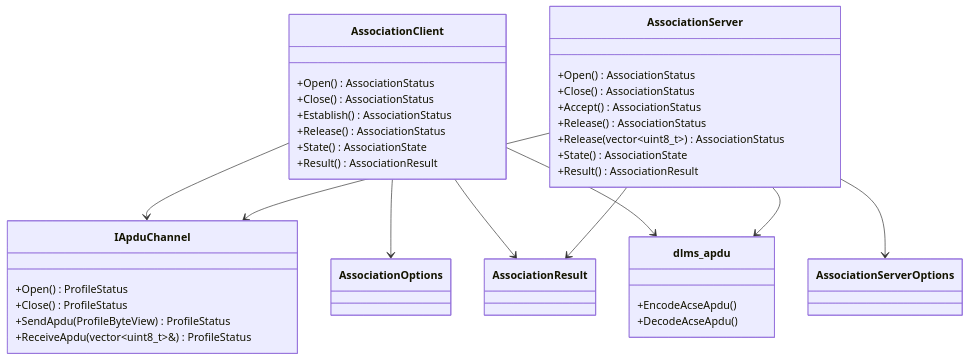
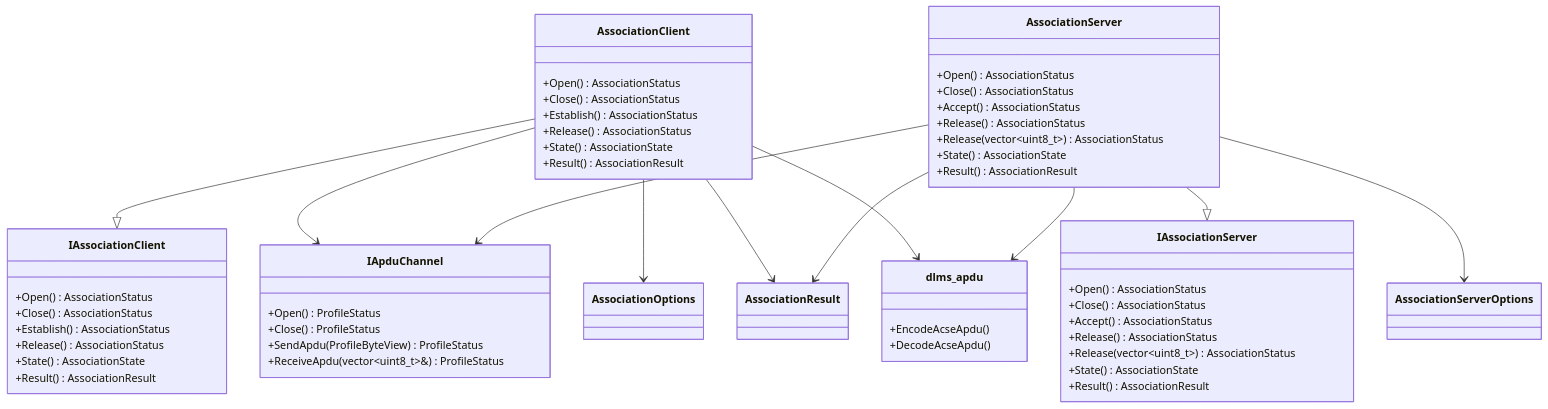
One commit to gvtret/dlms changed the sixth of 8 diagrams in lib/dlms-association/docs/02_association_architecture.md. Above: the diagram before and after it, drawn with Mermaid. The commit also changed 17 other files, not shown here.

````diff
--- a/lib/dlms-association/docs/02_association_architecture.md
+++ b/lib/dlms-association/docs/02_association_architecture.md
@@ -108,45 +108,66 @@
 ```mermaid
 classDiagram
   class AssociationClient {
     +Open() AssociationStatus
     +Close() AssociationStatus
     +Establish() AssociationStatus
     +Release() AssociationStatus
     +State() AssociationState
     +Result() AssociationResult
   }
 
+  class IAssociationClient {
+    +Open() AssociationStatus
+    +Close() AssociationStatus
+    +Establish() AssociationStatus
+    +Release() AssociationStatus
+    +State() AssociationState
+    +Result() AssociationResult
+  }
+
   class AssociationServer {
+    +Open() AssociationStatus
+    +Close() AssociationStatus
+    +Accept() AssociationStatus
+    +Release() AssociationStatus
+    +Release(vector~uint8_t~) AssociationStatus
+    +State() AssociationState
+    +Result() AssociationResult
+  }
+
+  class IAssociationServer {
     +Open() AssociationStatus
     +Close() AssociationStatus
     +Accept() AssociationStatus
     +Release() AssociationStatus
     +Release(vector~uint8_t~) AssociationStatus
     +State() AssociationState
     +Result() AssociationResult
   }
 
   class IApduChannel {
     +Open() ProfileStatus
     +Close() ProfileStatus
     +SendApdu(ProfileByteView) ProfileStatus
     +ReceiveApdu(vector~uint8_t~&) ProfileStatus
   }
 
   class AssociationOptions
   class AssociationServerOptions
   class AssociationResult
   class dlms_apdu {
     +EncodeAcseApdu()
     +DecodeAcseApdu()
   }
 
+  AssociationClient --|> IAssociationClient
   AssociationClient --> IApduChannel
   AssociationClient --> AssociationOptions
   AssociationClient --> AssociationResult
   AssociationClient --> dlms_apdu
+  AssociationServer --|> IAssociationServer
   AssociationServer --> IApduChannel
   AssociationServer --> AssociationServerOptions
   AssociationServer --> AssociationResult
   AssociationServer --> dlms_apdu
 ```
````
